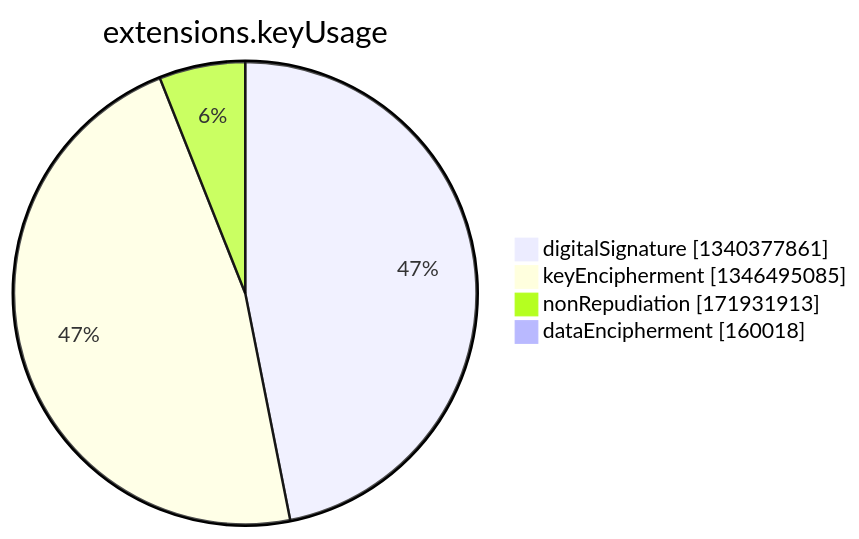
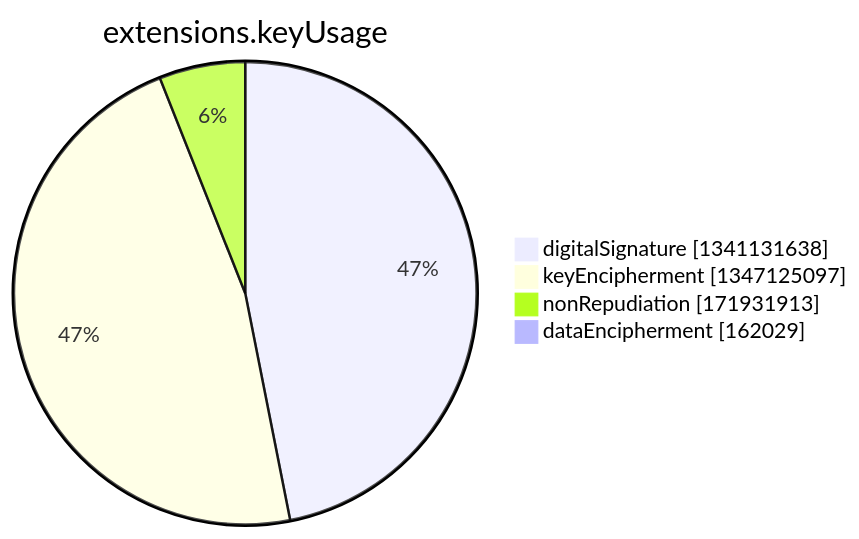
One commit to christiankrug/ctmonitor_visualization changed the seventh of 15 diagrams in argon2022/README.md. Above: the diagram before and after it, drawn with Mermaid. The commit also changed other lines of this file, not shown here.

````diff
--- a/argon2022/README.md
+++ b/argon2022/README.md
@@ -2750,8 +2750,8 @@
 ```mermaid
 pie showData
 title extensions.keyUsage
-"digitalSignature" :1340377861
-"keyEncipherment" :1346495085
+"digitalSignature" :1341131638
+"keyEncipherment" :1347125097
 "nonRepudiation" :171931913
-"dataEncipherment" :160018
+"dataEncipherment" :162029
 ```
````
